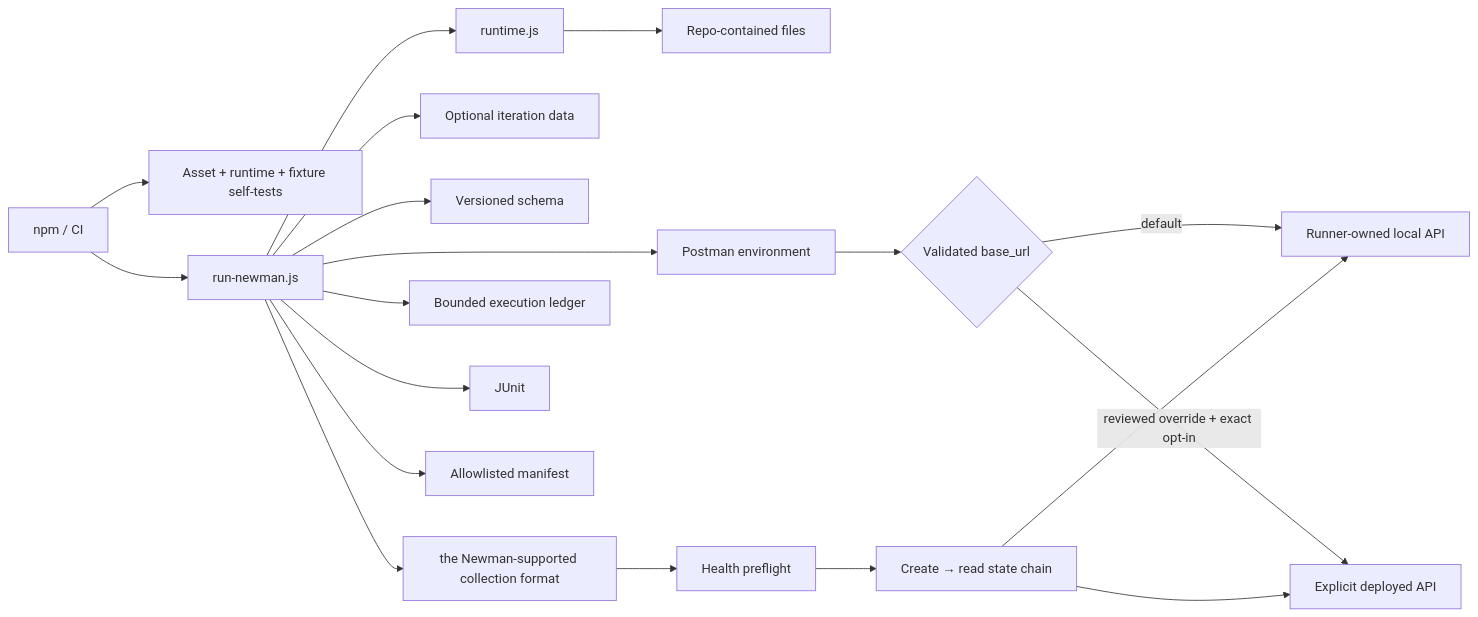
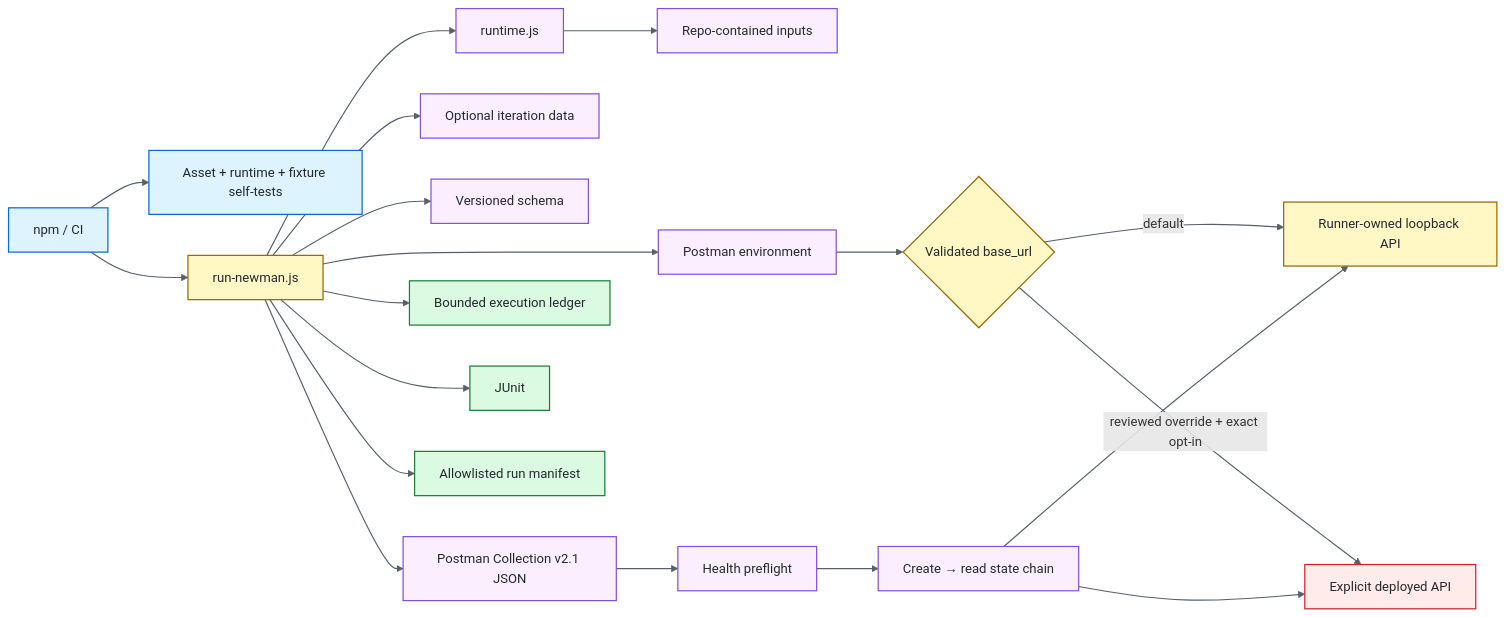
One commit to portyu9/qa-automation-api-postman-newman changed the diagram in docs/ARCHITECTURE.md. Above: the diagram before and after it, drawn with Mermaid. The commit also changed other lines of this file, not shown here.

Commit message:
docs: tighten architecture guide and color-code Mermaid

````diff
--- a/docs/ARCHITECTURE.md
+++ b/docs/ARCHITECTURE.md
@@ -7,21 +7,37 @@
 ```mermaid
 flowchart LR
     CLI[npm / CI] --> VALIDATE[Asset + runtime + fixture self-tests]
     CLI --> RUN[run-newman.js]
     RUN --> RT[runtime.js]
-    RT --> FILES[Repo-contained files]
+    RT --> FILES[Repo-contained inputs]
     RUN --> ENV[Postman environment]
     RUN --> DATA[Optional iteration data]
     RUN --> SCHEMA[Versioned schema]
-    RUN --> COL[the Newman-supported collection format]
+    RUN --> COL[Postman Collection v2.1 JSON]
+
     ENV --> TARGET{Validated base_url}
-    TARGET -->|default| LOCAL[Runner-owned local API]
+    TARGET -->|default| LOCAL[Runner-owned loopback API]
     TARGET -->|reviewed override + exact opt-in| EXTERNAL[Explicit deployed API]
+
     COL --> PREFLIGHT[Health preflight]
     PREFLIGHT --> STATE[Create → read state chain]
     STATE --> LOCAL
     STATE --> EXTERNAL
+
     RUN --> LEDGER[Bounded execution ledger]
-    RUN --> J[JUnit]
-    RUN --> M[Allowlisted manifest]
+    RUN --> JUNIT[JUnit]
+    RUN --> MANIFEST[Allowlisted run manifest]
+
+    classDef entry fill:#DDF4FF,stroke:#0969DA,color:#24292F,stroke-width:1.5px;
+    classDef policy fill:#FBEFFF,stroke:#8250DF,color:#24292F,stroke-width:1.5px;
+    classDef runtime fill:#FFF8C5,stroke:#9A6700,color:#24292F,stroke-width:1.5px;
+    classDef target fill:#FFEBE9,stroke:#CF222E,color:#24292F,stroke-width:1.5px;
+    classDef evidence fill:#DAFBE1,stroke:#1A7F37,color:#24292F,stroke-width:1.5px;
+
+    class CLI,VALIDATE entry;
+    class RT,FILES,ENV,DATA,SCHEMA,COL,PREFLIGHT,STATE policy;
+    class RUN,TARGET,LOCAL runtime;
+    class EXTERNAL target;
+    class LEDGER,JUNIT,MANIFEST evidence;
+    linkStyle default stroke:#57606A,stroke-width:1.4px;
 ```
````
